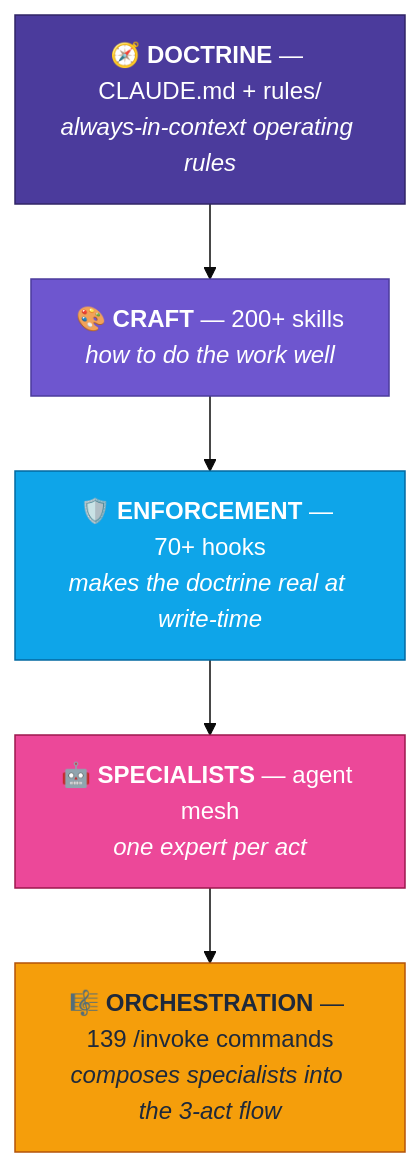
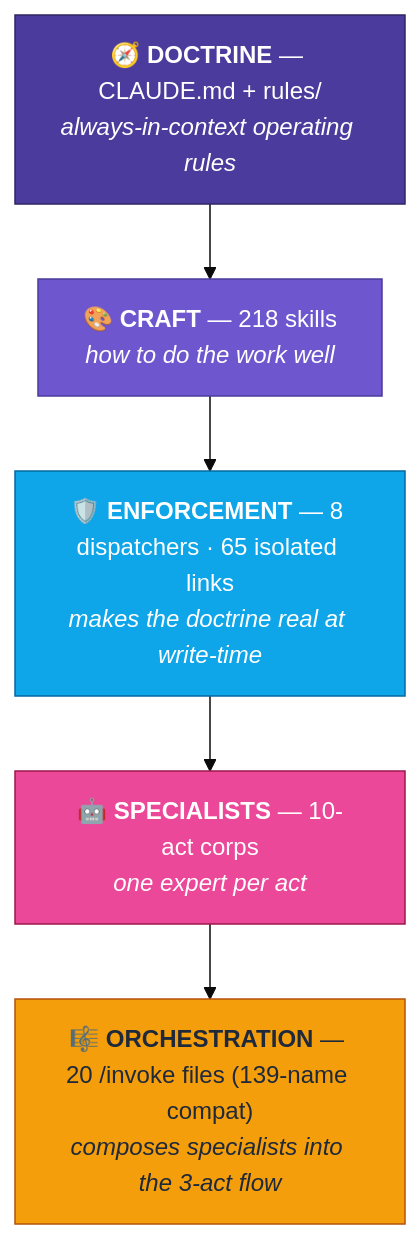
One commit to AjayIrkal23/agentic-mercy-10x changed the fifth of 5 diagrams in README.md. Above: the diagram before and after it, drawn with Mermaid (base theme). The commit also changed other lines of this file, not shown here.

Commit message:
README: rewritten for v2.0.0 — 100x overhaul architecture (existing visuals kept)

````diff
--- a/README.md
+++ b/README.md
@@ -503,15 +503,15 @@
 ```mermaid
 flowchart TD
     L1["🧭 <b>DOCTRINE</b> — CLAUDE.md + rules/<br/><i>always-in-context operating rules</i>"]:::l1
-    L2["🎨 <b>CRAFT</b> — 200+ skills<br/><i>how to do the work well</i>"]:::l2
-    L3["🛡️ <b>ENFORCEMENT</b> — 70+ hooks<br/><i>makes the doctrine real at write-time</i>"]:::l3
-    L4["🤖 <b>SPECIALISTS</b> — agent mesh<br/><i>one expert per act</i>"]:::l4
-    L5["🎼 <b>ORCHESTRATION</b> — 139 /invoke commands<br/><i>composes specialists into the 3-act flow</i>"]:::l5
+    L2["🎨 <b>CRAFT</b> — 218 skills<br/><i>how to do the work well</i>"]:::l2
+    L3["🛡️ <b>ENFORCEMENT</b> — 8 dispatchers · 65 isolated links<br/><i>makes the doctrine real at write-time</i>"]:::l3
+    L4["🤖 <b>SPECIALISTS</b> — 10-act corps<br/><i>one expert per act</i>"]:::l4
+    L5["🎼 <b>ORCHESTRATION</b> — 20 /invoke files (139-name compat)<br/><i>composes specialists into the 3-act flow</i>"]:::l5
     L1 --> L2 --> L3 --> L4 --> L5
 
     classDef l1 fill:#4B3B9C,stroke:#312566,color:#fff
     classDef l2 fill:#6E56CF,stroke:#4B3B9C,color:#fff
     classDef l3 fill:#0EA5E9,stroke:#0369A1,color:#fff
     classDef l4 fill:#EC4899,stroke:#9D174D,color:#fff
     classDef l5 fill:#F59E0B,stroke:#B45309,color:#1E293B
 ```
````
